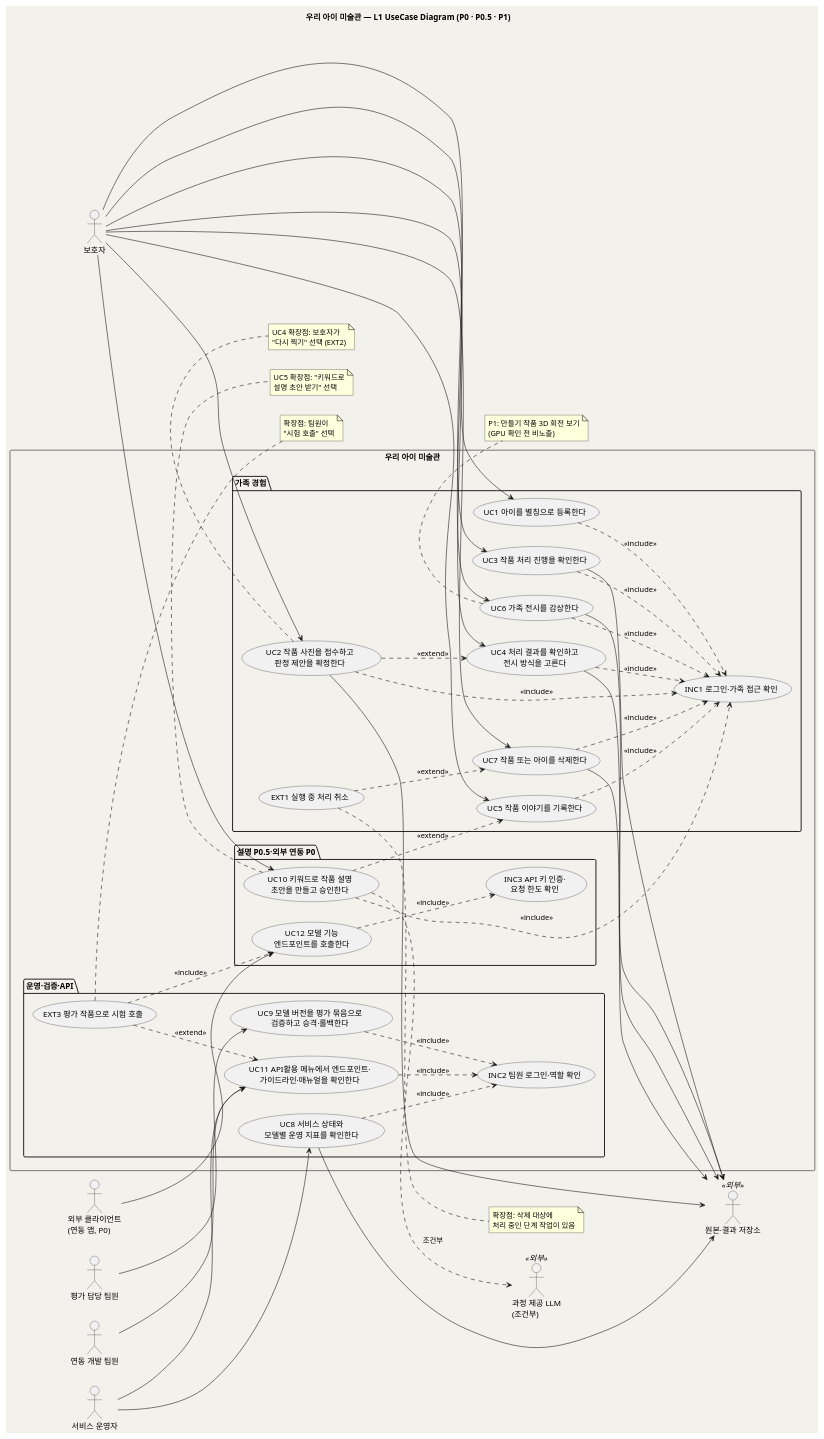
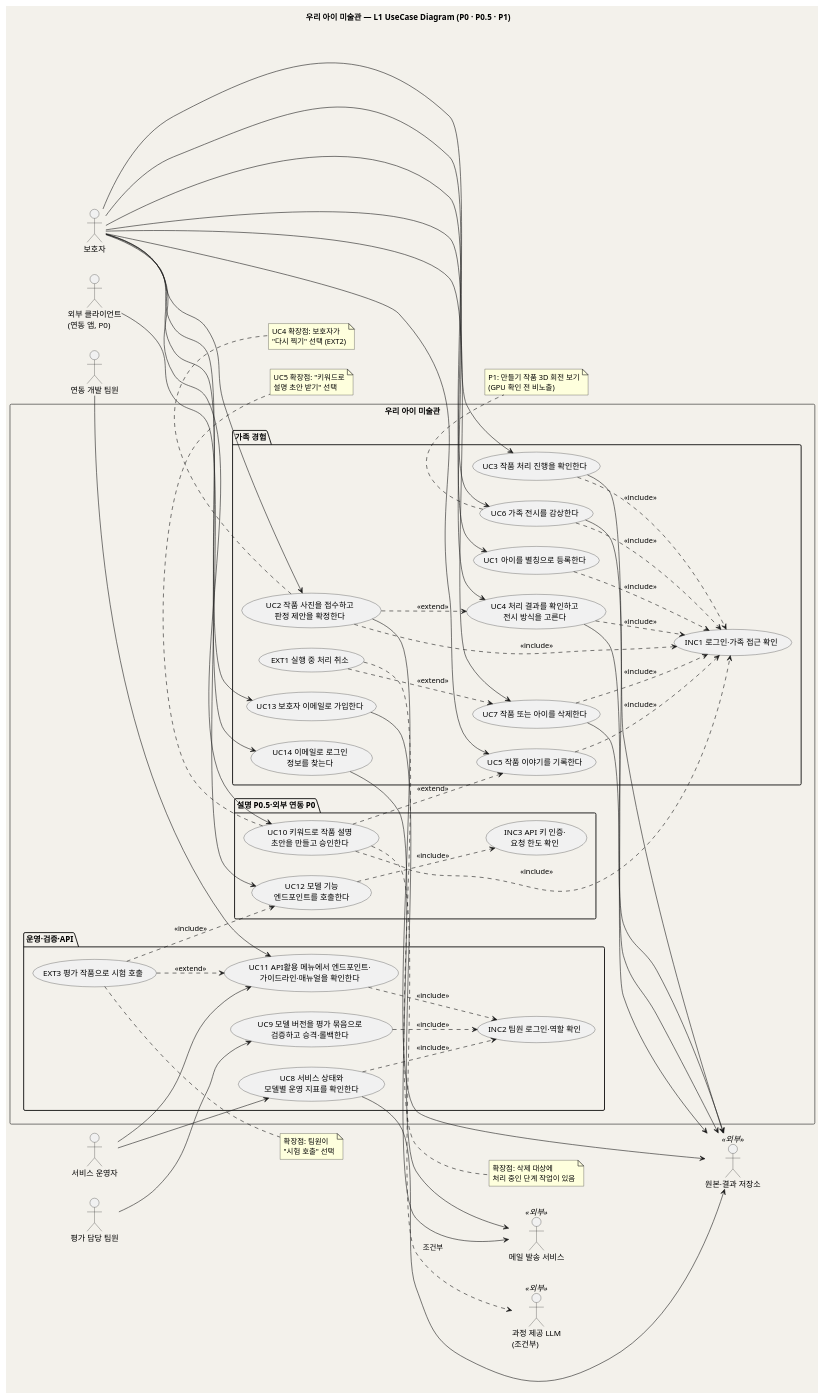
One commit to kids-gallery/uri-gallery changed the diagram in design/UC_00_개요_우리아이미술관.md. Above: the diagram before and after it, drawn with PlantUML. The commit also changed other lines of this file and 14 other files, not shown here.

First line of the commit message:
보호자 이메일 로그인과 로그인 정보 찾기(D18): UC13·UC14 신설, 별칭 중복 검사 제거

```diff
--- a/design/UC_00_개요_우리아이미술관.md
+++ b/design/UC_00_개요_우리아이미술관.md
@@ -299,9 +305,12 @@
 actor "외부 클라이언트\n(연동 앱, P0)" as Client
 actor "원본·결과 저장소" as Store <<외부>>
 actor "과정 제공 LLM\n(조건부)" as CLLM <<외부>>
+actor "메일 발송 서비스" as Mail <<외부>>
 
 rectangle "우리 아이 미술관" {
   package "가족 경험" {
+    usecase "UC13 보호자 이메일로 가입한다" as UC13
+    usecase "UC14 이메일로 로그인\n정보를 찾는다" as UC14
     usecase "UC1 아이를 별칭으로 등록한다" as UC1
     usecase "UC2 작품 사진을 접수하고\n판정 제안을 확정한다" as UC2
     usecase "UC3 작품 처리 진행을 확인한다" as UC3
@@ -326,9 +335,13 @@
   }
 }
 
+Parent --> UC13
+Parent --> UC14
 Parent --> UC1
 Parent --> UC2
 Parent --> UC3
+UC13 --> Mail
+UC14 --> Mail
 Parent --> UC4
 Parent --> UC5
 Parent --> UC6
```
